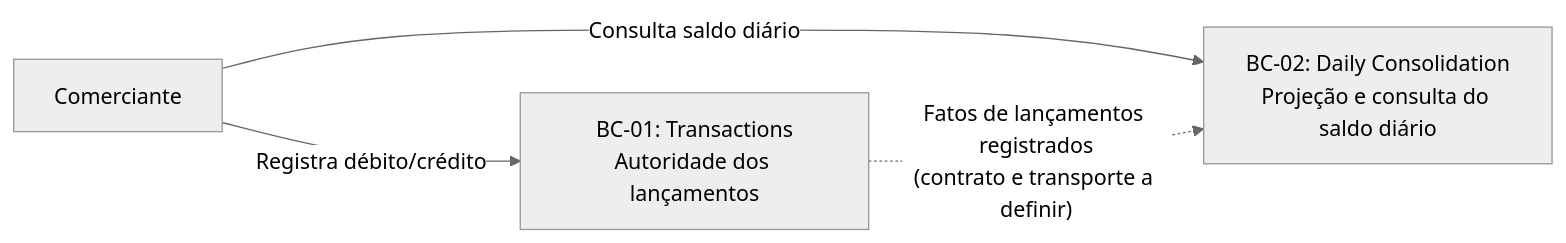
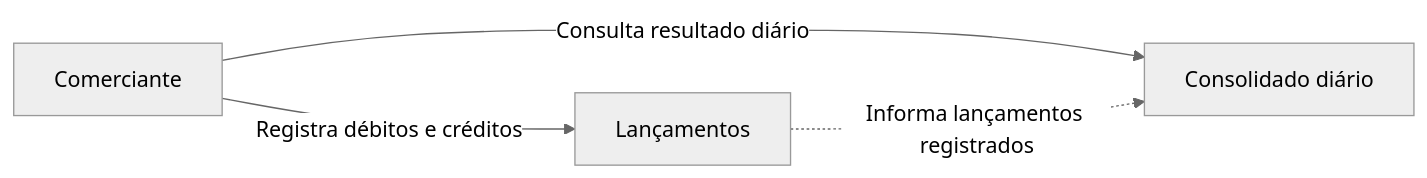
Before and after one commit to wolwerr/CashFlow-Architecture: the diagram in docs/domain/business-capabilities-and-context-map.md, drawn with Mermaid (neutral theme). The commit also changed other lines of this file, not shown here.

````diff
--- a/docs/domain/business-capabilities-and-context-map.md
+++ b/docs/domain/business-capabilities-and-context-map.md
@@ -71,9 +69,9 @@
 ```mermaid
 flowchart LR
-    M["Comerciante"]
-    T["BC-01: Transactions<br/>Autoridade dos lançamentos"]
-    C["BC-02: Daily Consolidation<br/>Projeção e consulta do saldo diário"]
-    M -->|"Registra débito/crédito"| T
-    M -->|"Consulta saldo diário"| C
-    T -.->|"Fatos de lançamentos registrados<br/>(contrato e transporte a definir)"| C
+    A["Comerciante"]
+    B["Lançamentos"]
+    C["Consolidado diário"]
+    A -->|"Registra débitos e créditos"| B
+    A -->|"Consulta resultado diário"| C
+    B -.->|"Informa lançamentos registrados"| C
 ```
````
